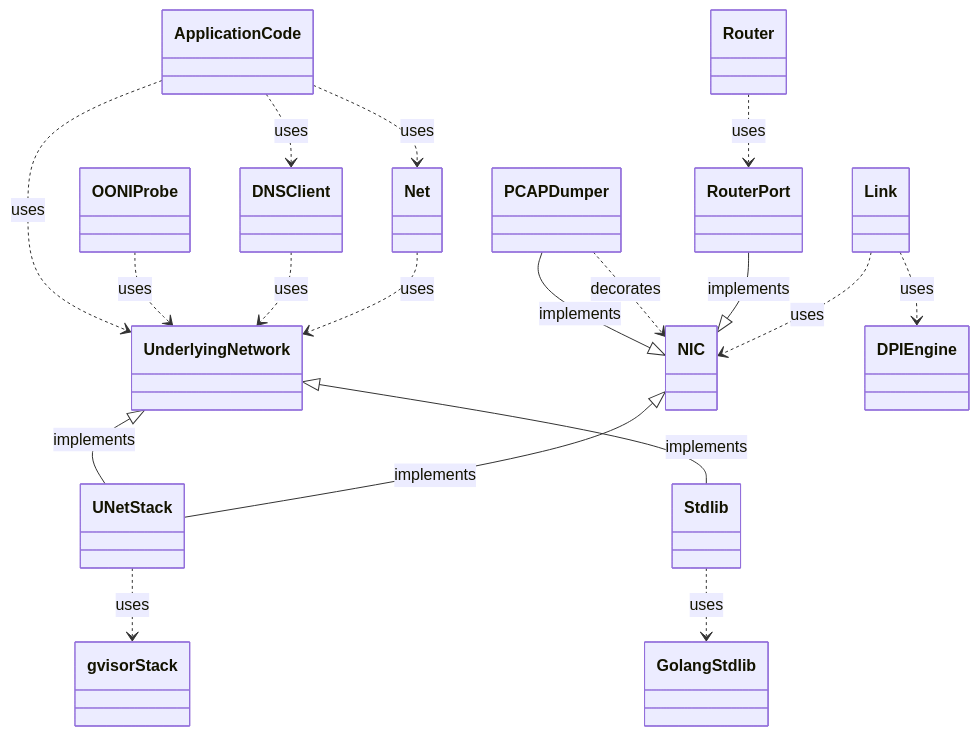
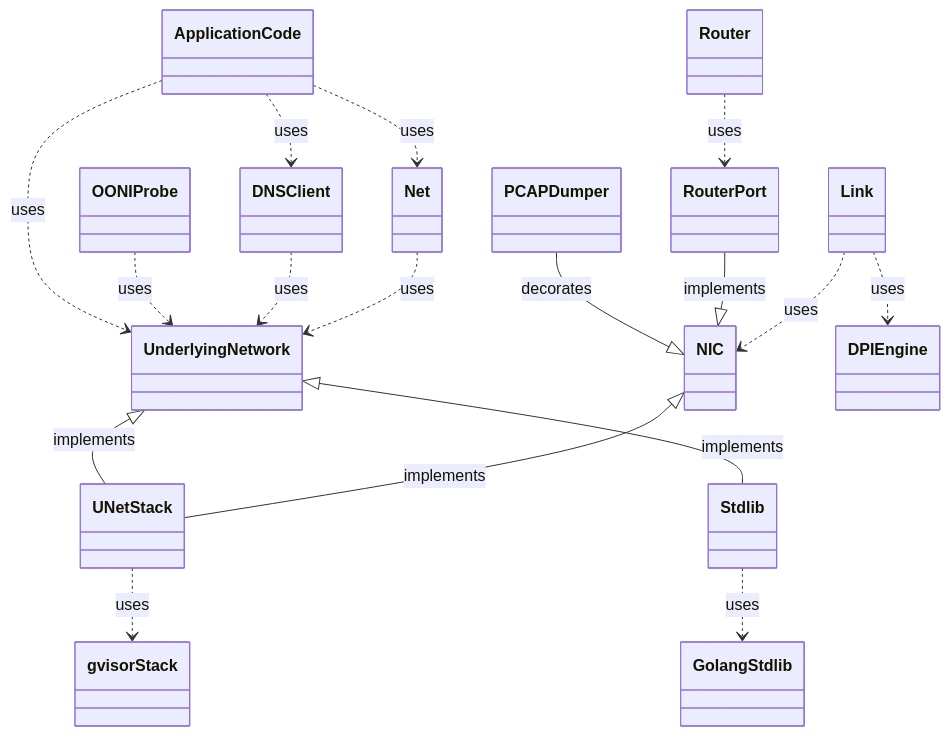
Before and after one commit to ooni/netem: the diagram in ARCHITECTURE.md, drawn with Mermaid. The commit also changed other lines of this file, not shown here.

````diff
--- a/ARCHITECTURE.md
+++ b/ARCHITECTURE.md
@@ -39,20 +39,19 @@
 ```mermaid
 classDiagram
 NIC <|-- UNetStack : implements
 UnderlyingNetwork <|-- UNetStack : implements
 Net ..> UnderlyingNetwork : uses
 Link ..> DPIEngine : uses
 Link ..> NIC : uses
 Router ..> RouterPort : uses
 RouterPort --|> NIC: implements
 DNSClient ..> UnderlyingNetwork : uses
 UNetStack ..> gvisorStack : uses
 UnderlyingNetwork <|-- Stdlib : implements
-PCAPDumper ..> NIC : decorates
-PCAPDumper --|> NIC : implements
+PCAPDumper --|> NIC : decorates
 ApplicationCode ..> Net : uses
 ApplicationCode ..> DNSClient : uses
 OONIProbe ..> UnderlyingNetwork : uses
 ApplicationCode ..> UnderlyingNetwork : uses
 Stdlib ..> GolangStdlib : uses
 ```
````
